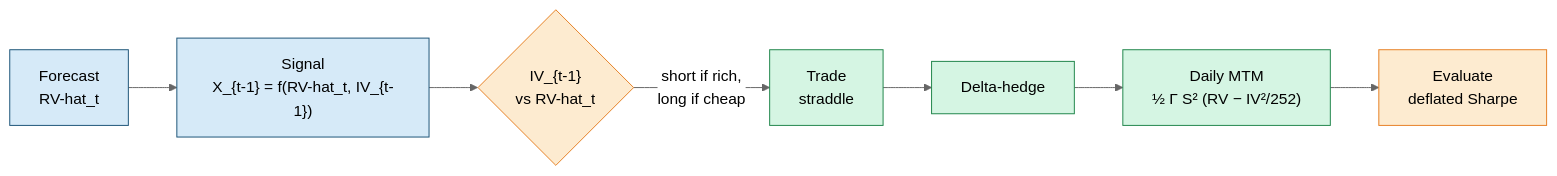
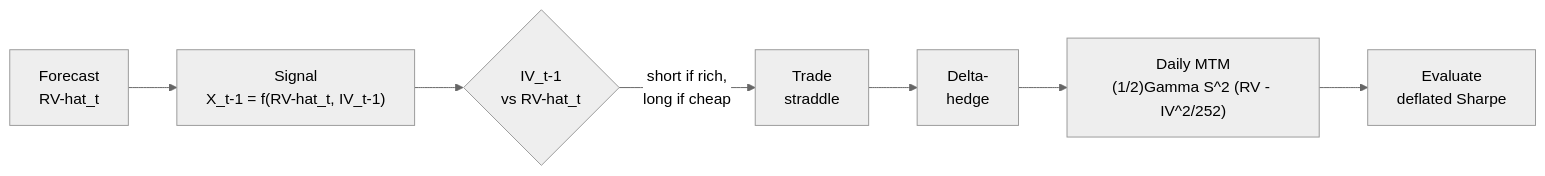
The diagram in vol-learning-guide/markdown/ch18-ivrv-straddle.md (xRyann2255/ML-GS), drawn with Mermaid (neutral theme) before and after one commit. The commit also changed other lines of this file and 19 other files, not shown here.

````diff
--- a/vol-learning-guide/markdown/ch18-ivrv-straddle.md
+++ b/vol-learning-guide/markdown/ch18-ivrv-straddle.md
@@ -45,16 +39,9 @@
 ```mermaid
 flowchart LR
-    f["Forecast<br/>RV-hat_t"] --> s["Signal<br/>X_{t-1} = f(RV-hat_t, IV_{t-1})"]
-    s --> d{"IV_{t-1}<br/>vs RV-hat_t"}
-    d -->|"short if rich,<br/>long if cheap"| t["Trade<br/>straddle"]
-    t --> h["Delta-hedge"]
-    h --> p["Daily MTM<br/>½ Γ S² (RV − IV²/252)"]
-    p --> e["Evaluate<br/>deflated Sharpe"]
-
-    classDef data fill:#d6eaf8,stroke:#1a5276;
-    classDef compute fill:#d5f5e3,stroke:#1e8449;
-    classDef model fill:#fdebd0,stroke:#e67e22;
-    class f,s data;
-    class t,h,p compute;
-    class d,e model;
+  f["Forecast<br/>RV-hat_t"] --> s["Signal<br/>X_t-1 = f(RV-hat_t, IV_t-1)"]
+  s --> d{"IV_t-1<br/>vs RV-hat_t"}
+  d -->|"short if rich,<br/>long if cheap"| t["Trade<br/>straddle"]
+  t --> h["Delta-<br/>hedge"]
+  h --> p["Daily MTM<br/>(1/2)Gamma S^2 (RV - IV^2/252)"]
+  p --> e["Evaluate<br/>deflated Sharpe"]
 ```
````
